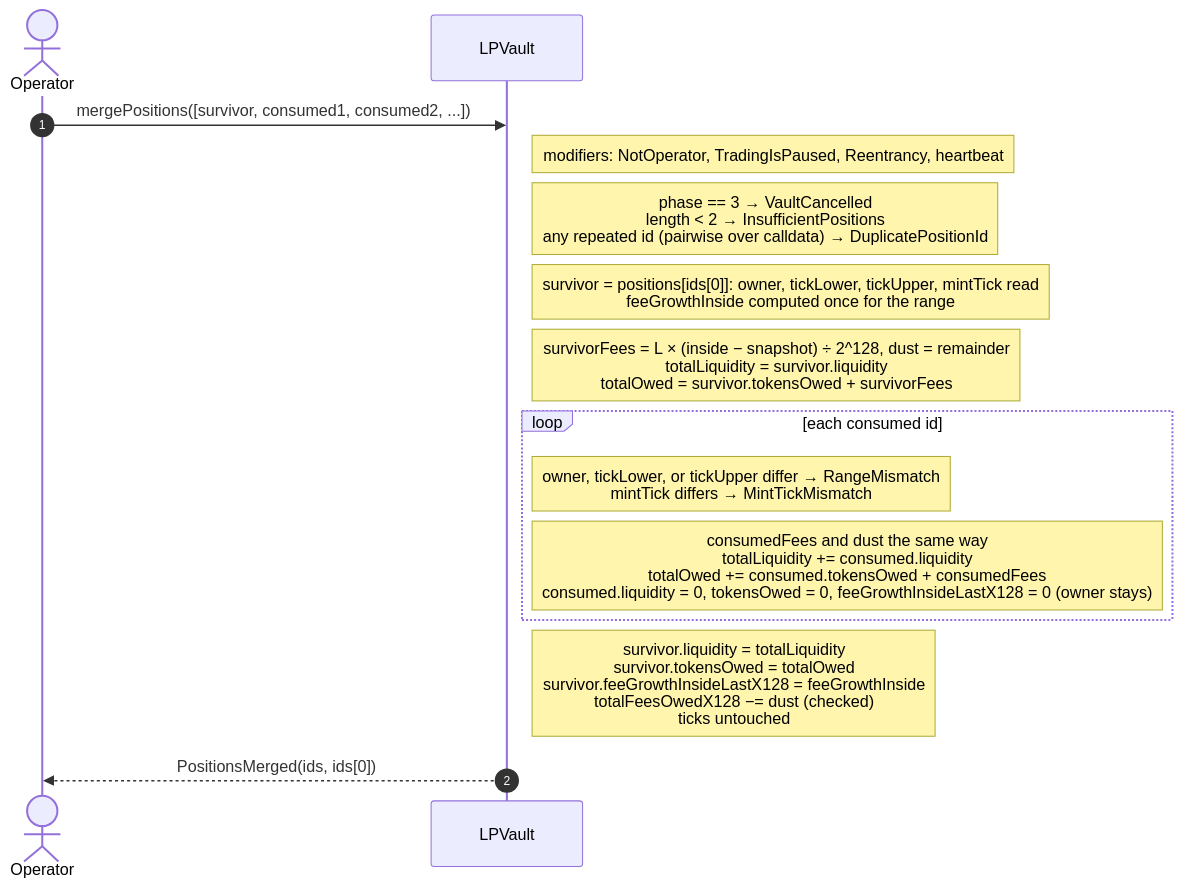
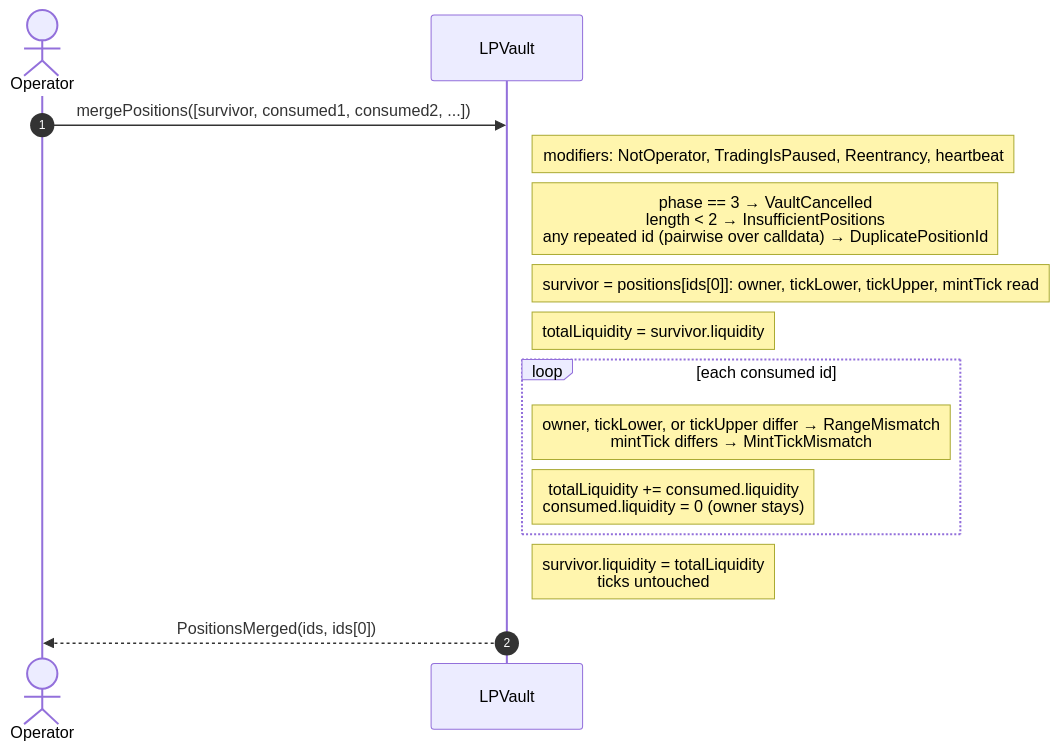
One commit to ProphetMarket/lp-vaults changed diagram 12 of 22 in specs/FLOWS.md. Above: the diagram before and after it, drawn with Mermaid. The commit also changed other lines of this file and 73 other files, not shown here.

First line of the commit message:
spec (vault): Retire the fee accounting (R17)

````diff
--- a/specs/FLOWS.md
+++ b/specs/FLOWS.md
@@ -374,18 +348,18 @@
 ```mermaid
 sequenceDiagram
     autonumber
     actor Operator
     participant Vault as LPVault
 
     Operator->>Vault: mergePositions([survivor, consumed1, consumed2, ...])
     Note right of Vault: modifiers: NotOperator, TradingIsPaused, Reentrancy, heartbeat
     Note right of Vault: phase == 3 → VaultCancelled<br/>length < 2 → InsufficientPositions<br/>any repeated id (pairwise over calldata) → DuplicatePositionId
-    Note right of Vault: survivor = positions[ids[0]]: owner, tickLower, tickUpper, mintTick read<br/>feeGrowthInside computed once for the range
-    Note right of Vault: survivorFees = L × (inside − snapshot) ÷ 2^128, dust = remainder<br/>totalLiquidity = survivor.liquidity<br/>totalOwed = survivor.tokensOwed + survivorFees
+    Note right of Vault: survivor = positions[ids[0]]: owner, tickLower, tickUpper, mintTick read
+    Note right of Vault: totalLiquidity = survivor.liquidity
     loop each consumed id
         Note right of Vault: owner, tickLower, or tickUpper differ → RangeMismatch<br/>mintTick differs → MintTickMismatch
-        Note right of Vault: consumedFees and dust the same way<br/>totalLiquidity += consumed.liquidity<br/>totalOwed += consumed.tokensOwed + consumedFees<br/>consumed.liquidity = 0, tokensOwed = 0, feeGrowthInsideLastX128 = 0 (owner stays)
+        Note right of Vault: totalLiquidity += consumed.liquidity<br/>consumed.liquidity = 0 (owner stays)
     end
-    Note right of Vault: survivor.liquidity = totalLiquidity<br/>survivor.tokensOwed = totalOwed<br/>survivor.feeGrowthInsideLastX128 = feeGrowthInside<br/>totalFeesOwedX128 −= dust (checked)<br/>ticks untouched
+    Note right of Vault: survivor.liquidity = totalLiquidity<br/>ticks untouched
     Vault-->>Operator: PositionsMerged(ids, ids[0])
 ```
````
